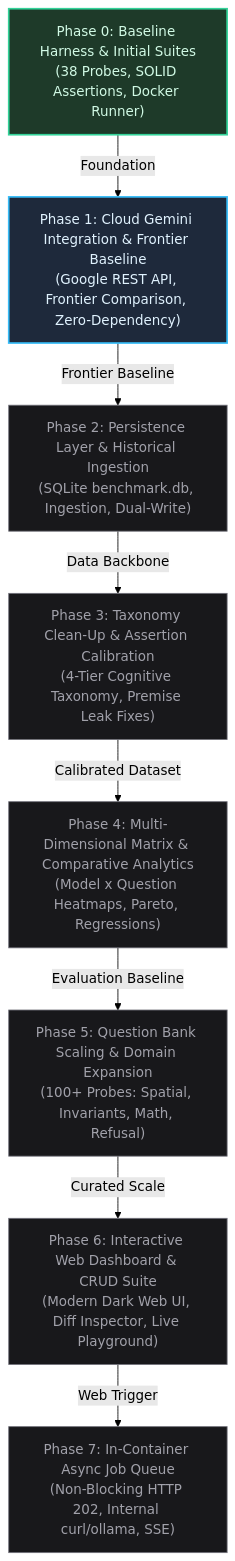
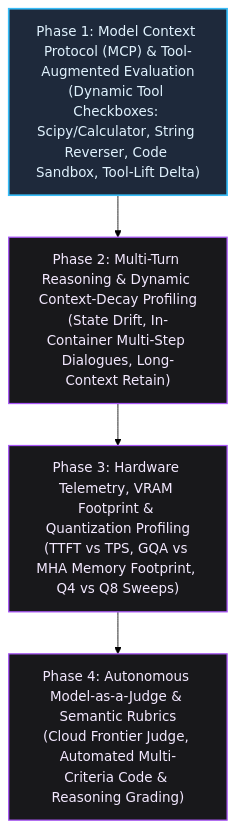
The first of 3 diagrams in roadmap.md (p-madin/Docker-Llama-LLM), drawn with Mermaid (forest theme) before and after one commit. The commit also changed other lines of this file and 8 other files, not shown here.

Commit message:
Prepare for new roadmap

````diff
--- a/roadmap.md
+++ b/roadmap.md
@@ -9,23 +12,14 @@
 ```mermaid
 graph TD
-    classDef completed fill:#1e3a29,stroke:#34d399,stroke-width:2px,color:#d1fae5;
     classDef current fill:#1e293b,stroke:#38bdf8,stroke-width:2px,color:#e0f2fe;
-    classDef planned fill:#18181b,stroke:#71717a,stroke-width:1px,color:#a1a1aa;
+    classDef planned fill:#18181b,stroke:#a855f7,stroke-width:1.5px,color:#f3e8ff;
 
-    P0["Phase 0: Baseline Harness & Initial Suites<br/>(38 Probes, SOLID Assertions, Docker Runner)"]:::completed
-    P1["Phase 1: Cloud Gemini Integration & Frontier Baseline<br/>(Google REST API, Frontier Comparison, Zero-Dependency)"]:::current
-    P2["Phase 2: Persistence Layer & Historical Ingestion<br/>(SQLite benchmark.db, Ingestion, Dual-Write)"]:::planned
-    P3["Phase 3: Taxonomy Clean-Up & Assertion Calibration<br/>(4-Tier Cognitive Taxonomy, Premise Leak Fixes)"]:::planned
-    P4["Phase 4: Multi-Dimensional Matrix & Comparative Analytics<br/>(Model x Question Heatmaps, Pareto, Regressions)"]:::planned
-    P5["Phase 5: Question Bank Scaling & Domain Expansion<br/>(100+ Probes: Spatial, Invariants, Math, Refusal)"]:::planned
-    P6["Phase 6: Interactive Web Dashboard & CRUD Suite<br/>(Modern Dark Web UI, Diff Inspector, Live Playground)"]:::planned
-    P7["Phase 7: In-Container Async Job Queue<br/>(Non-Blocking HTTP 202, Internal curl/ollama, SSE)"]:::planned
+    P1["Phase 1: Model Context Protocol (MCP) & Tool-Augmented Evaluation<br/>(Dynamic Tool Checkboxes: Scipy/Calculator, String Reverser, Code Sandbox, Tool-Lift Delta)"]:::current
+    P2["Phase 2: Multi-Turn Reasoning & Dynamic Context-Decay Profiling<br/>(State Drift, In-Container Multi-Step Dialogues, Long-Context Retain)"]:::planned
+    P3["Phase 3: Hardware Telemetry, VRAM Footprint & Quantization Profiling<br/>(TTFT vs TPS, GQA vs MHA Memory Footprint, Q4 vs Q8 Sweeps)"]:::planned
+    P4["Phase 4: Autonomous Model-as-a-Judge & Semantic Rubrics<br/>(Cloud Frontier Judge, Automated Multi-Criteria Code & Reasoning Grading)"]:::planned
 
-    P0 -->|Foundation| P1
-    P1 -->|Frontier Baseline| P2
-    P2 -->|Data Backbone| P3
-    P3 -->|Calibrated Dataset| P4
-    P4 -->|Evaluation Baseline| P5
-    P5 -->|Curated Scale| P6
-    P6 -->|Web Trigger| P7
+    P1 --> P2
+    P2 --> P3
+    P3 --> P4
 ```
````
